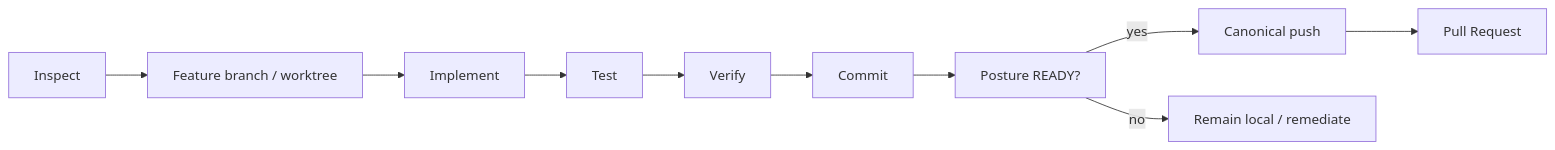
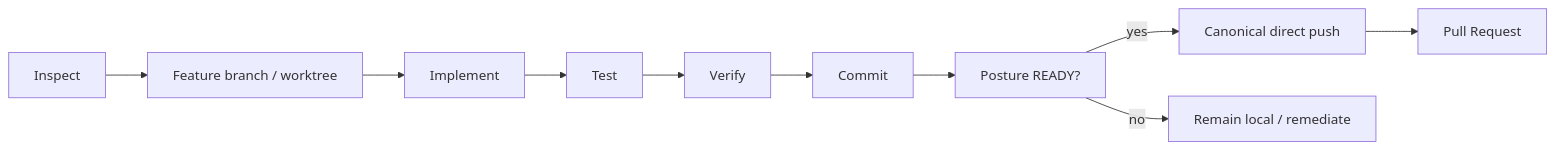
The second of 2 diagrams in AGENTS.md (tomo-chan/agent-harness), drawn with Mermaid before and after one commit. The commit also changed other lines of this file, not shown here.

````diff
--- a/AGENTS.md
+++ b/AGENTS.md
@@ -129,12 +136,12 @@
 ```mermaid
 flowchart LR
     I[Inspect] --> W[Feature branch / worktree]
     W --> M[Implement]
     M --> T[Test]
     T --> V[Verify]
     V --> C[Commit]
     C --> P[Posture READY?]
-    P -->|yes| U[Canonical push]
+    P -->|yes| U[Canonical direct push]
     U --> R[Pull Request]
     P -->|no| L[Remain local / remediate]
 ```
````
